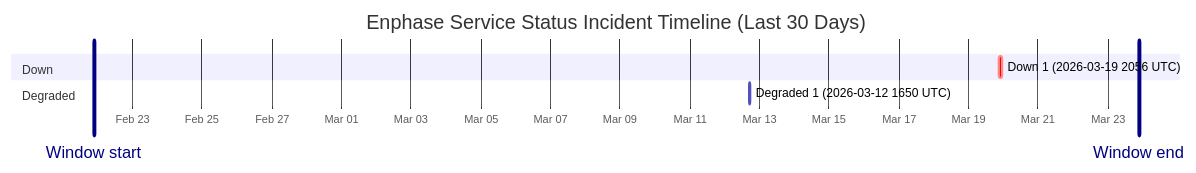
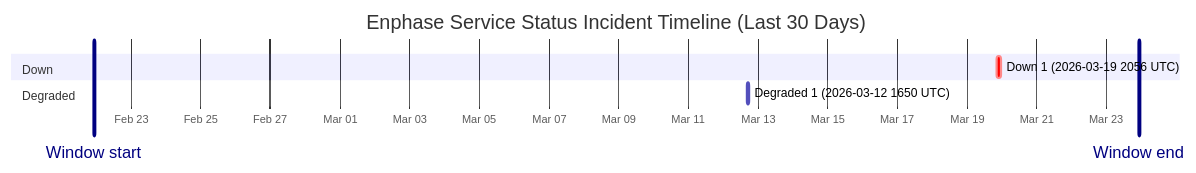
Before and after one commit to barneyonline/ha-enphase-ev-charger: the diagram in wiki/Service-Status-History.md, drawn with Mermaid. The commit also changed other lines of this file and 3 other files, not shown here.

````diff
--- a/wiki/Service-Status-History.md
+++ b/wiki/Service-Status-History.md
@@ -14,12 +14,12 @@
 ```mermaid
 gantt
     title Enphase Service Status Incident Timeline (Last 30 Days)
     dateFormat  YYYY-MM-DDTHH:mm:ss
     axisFormat  %b %d
-    Window start :vert, window-start, 2026-02-21T21:27:21, 0ms
-    Window end :vert, window-end, 2026-03-23T21:27:21, 0ms
+    Window start :vert, window-start, 2026-02-21T22:21:47, 0ms
+    Window end :vert, window-end, 2026-03-23T22:21:47, 0ms
     section Down
     Down 1 (2026-03-19 2056 UTC) :crit, down-1, 2026-03-19T20:56:20, 145m
     section Degraded
     Degraded 1 (2026-03-12 1650 UTC) :active, degraded-1, 2026-03-12T16:50:43, 60m
 ```
````
